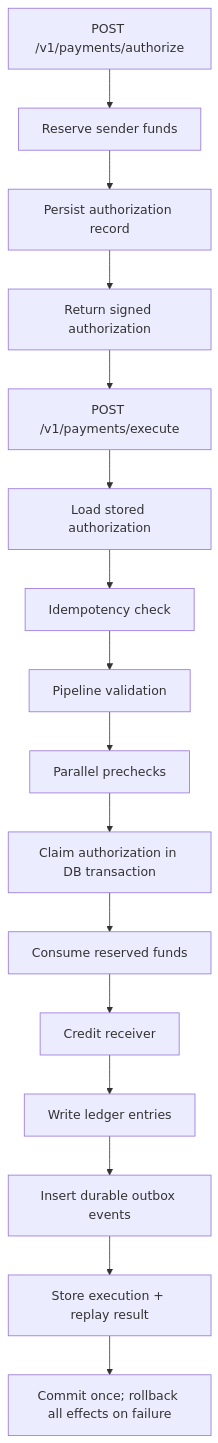
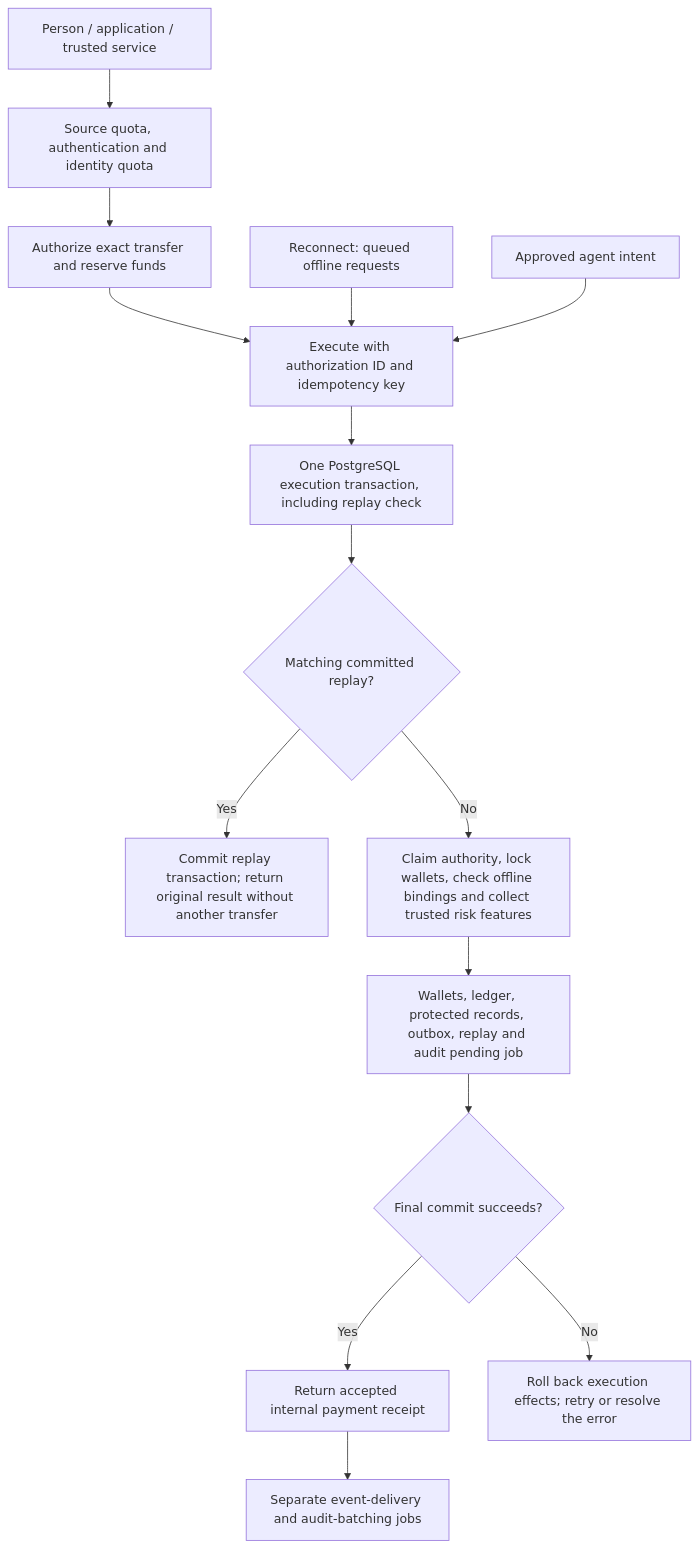
One commit to InsaneCoder789/Rail changed the first of 3 diagrams in docs/README.md. Above: the diagram before and after it, drawn with Mermaid. The commit also changed other lines of this file and 3 other files, not shown here.

````diff
--- a/docs/README.md
+++ b/docs/README.md
@@ -167,19 +39,17 @@
 ```mermaid
 flowchart TD
-  A["POST /v1/payments/authorize"] --> B["Reserve sender funds"]
-  B --> C["Persist authorization record"]
-  C --> D["Return signed authorization"]
-
-  D --> E["POST /v1/payments/execute"]
-  E --> F["Load stored authorization"]
-  F --> G["Idempotency check"]
-  G --> H["Pipeline validation"]
-  H --> I["Parallel prechecks"]
-  I --> J["Claim authorization in DB transaction"]
-  J --> K["Consume reserved funds"]
-  K --> L["Credit receiver"]
-  L --> M["Write ledger entries"]
-  M --> N["Insert durable outbox events"]
-  N --> O["Store execution + replay result"]
-  O --> P["Commit once; rollback all effects on failure"]
+    Caller["Person / application / trusted service"] --> Gate["Source quota, authentication and identity quota"]
+    Gate --> Authorize["Authorize exact transfer and reserve funds"]
+    Authorize --> Execute["Execute with authorization ID and idempotency key"]
+    Sync["Reconnect: queued offline requests"] --> Execute
+    Agent["Approved agent intent"] --> Execute
+    Execute --> Transaction["One PostgreSQL execution transaction, including replay check"]
+    Transaction --> Replay{"Matching committed replay?"}
+    Replay -->|Yes| Original["Commit replay transaction; return original result without another transfer"]
+    Replay -->|No| Checks["Claim authority, lock wallets, check offline bindings and collect trusted risk features"]
+    Checks --> Writes["Wallets, ledger, protected records, outbox, replay and audit pending job"]
+    Writes --> Commit{"Final commit succeeds?"}
+    Commit -->|Yes| Receipt["Return accepted internal payment receipt"]
+    Commit -->|No| Rollback["Roll back execution effects; retry or resolve the error"]
+    Receipt --> Workers["Separate event-delivery and audit-batching jobs"]
 ```
````
